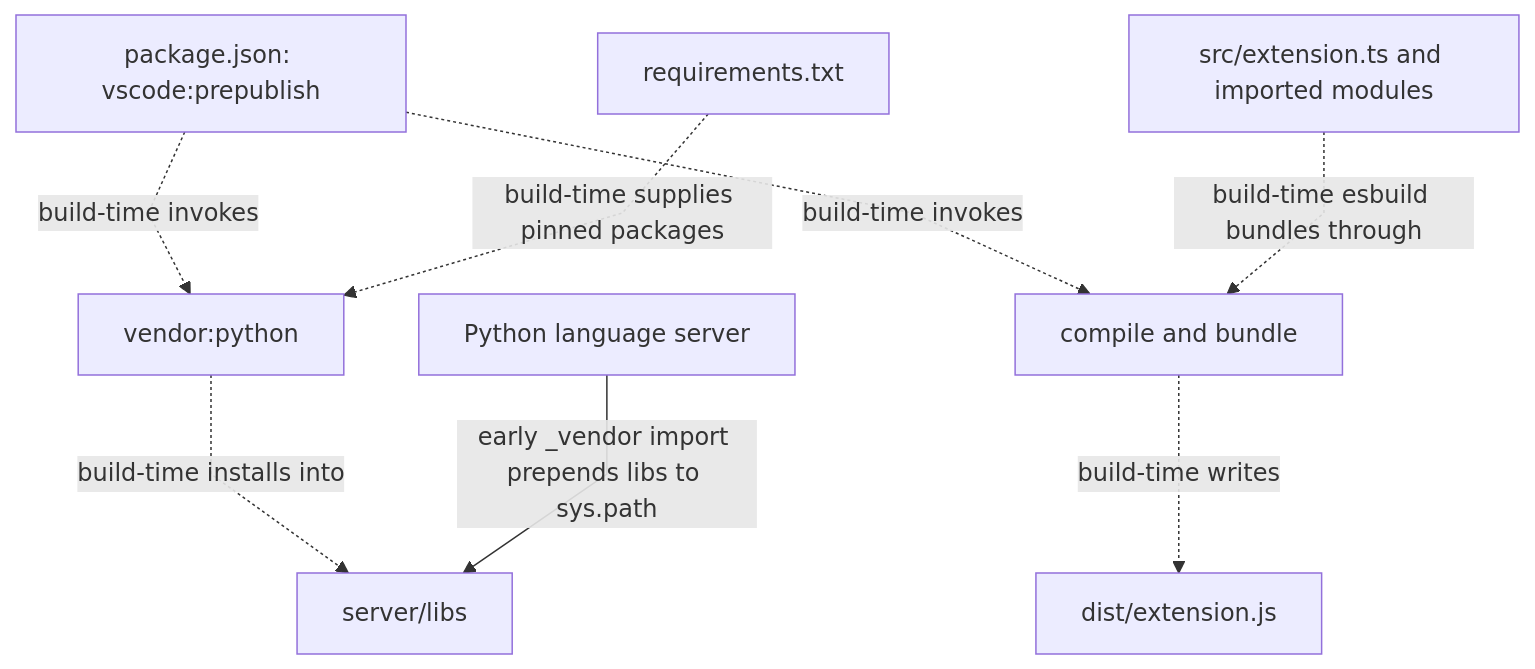
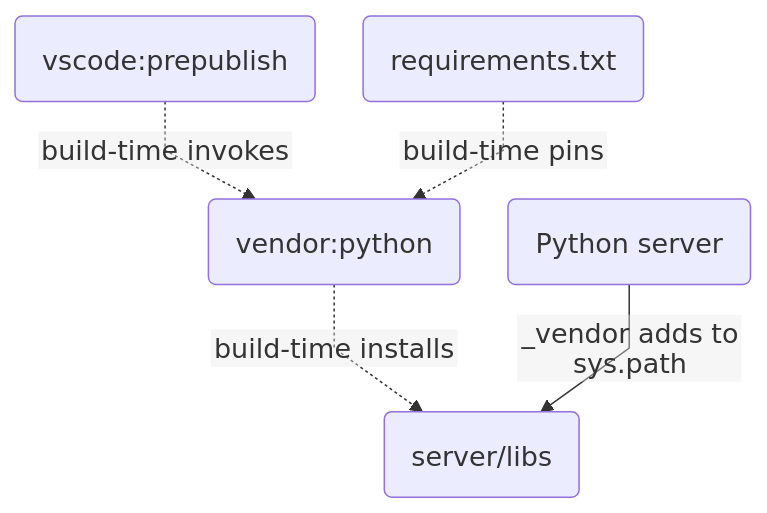
Before and after one commit to AashishTangnami/python-memory-guardian: diagram 19 of 23 in docs/feature-map.md, drawn with Mermaid. The commit also changed other lines of this file, not shown here.

Commit message:
updated mermaid diagram for better readibility.

````diff
--- a/docs/feature-map.md
+++ b/docs/feature-map.md
@@ -455,18 +538,8 @@
 ```mermaid
-%%{init: {"fontFamily":"Inter, ui-sans-serif, system-ui, sans-serif","flowchart":{"curve":"linear","nodeSpacing":50,"rankSpacing":60},"layout":"dagre"}}%%
+%%{init: {"fontFamily":"Arial, sans-serif","themeVariables":{"fontSize":"18px","fontFamily":"Arial, sans-serif"},"flowchart":{"curve":"linear","nodeSpacing":32,"rankSpacing":40,"diagramPadding":8,"padding":18,"subGraphTitleMargin":{"top":10,"bottom":24},"htmlLabels":false},"layout":"dagre","htmlLabels":false,"themeCSS":".node rect, .cluster rect { rx: 10px; ry: 10px; } .label, .nodeLabel, .edgeLabel, .cluster-label { letter-spacing: normal; word-spacing: normal; } .edgeLabel rect { stroke: currentColor !important; stroke-width: 1px !important; stroke-dasharray: none; opacity: 1 !important; fill-opacity: 1; rx: 4px; ry: 4px; }"}}%%
 flowchart TD
-    Manifest["package.json: vscode:prepublish"]
-    Vendor["vendor:python"]
-    Compile["compile and bundle"]
-    Pins["requirements.txt"]
-    Libs["server/libs"]
-    Bundle["dist/extension.js"]
-    Server["Python language server"]
-    Manifest -. build-time invokes .-> Vendor
-    Manifest -. build-time invokes .-> Compile
-    Pins -. build-time supplies pinned packages .-> Vendor
-    Vendor -. build-time installs into .-> Libs
-    Sources["src/extension.ts and imported modules"] -. build-time esbuild bundles through .-> Compile
-    Compile -. build-time writes .-> Bundle
-    Server -->|early _vendor import prepends libs to sys.path| Libs
+Prepub("vscode:prepublish") -. build-time invokes .-> Vendor("vendor:python")
+    Pins("requirements.txt") -. build-time pins .-> Vendor
+    Vendor -. build-time installs .-> Libs("server/libs")
+    Server("Python server") -->|_vendor adds to sys.path| Libs
 ```
````
